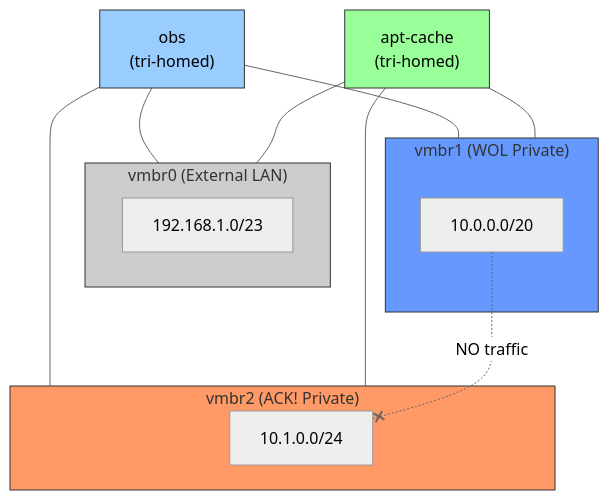
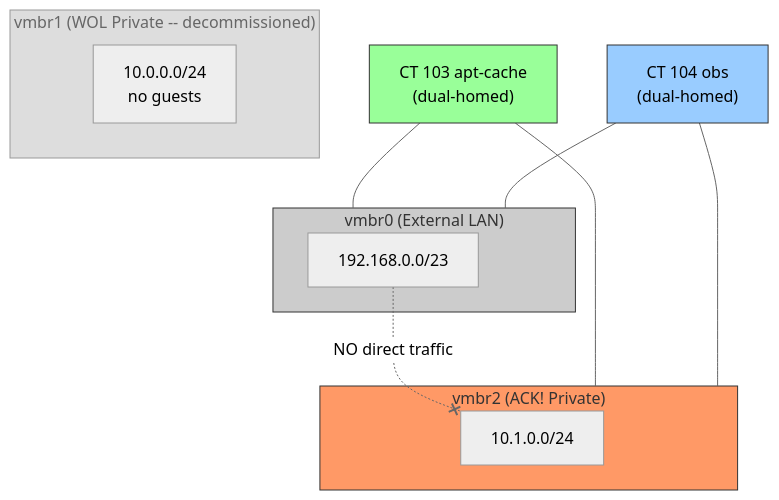
One commit to JBailes/infrastructure changed the third of 3 diagrams in homelab/ack/diagrams.md. Above: the diagram before and after it, drawn with Mermaid (neutral theme). The commit also changed other lines of this file and 68 other files, not shown here.

````diff
--- a/homelab/ack/diagrams.md
+++ b/homelab/ack/diagrams.md
@@ -118,32 +131,30 @@
 ```mermaid
 graph TB
     subgraph VMBR0["vmbr0 (External LAN)"]
-        EXT["192.168.1.0/23"]
+        EXT["192.168.0.0/23"]
     end
 
-    subgraph VMBR1["vmbr1 (WOL Private)"]
-        WOL["10.0.0.0/20"]
+    subgraph VMBR1["vmbr1 (WOL Private -- decommissioned)"]
+        WOL["10.0.0.0/24<br/>no guests"]
     end
 
     subgraph VMBR2["vmbr2 (ACK! Private)"]
         ACK["10.1.0.0/24"]
     end
 
-    CACHE["apt-cache<br/>(tri-homed)"]
-    OBS2["obs<br/>(tri-homed)"]
+    CACHE["CT 103 apt-cache<br/>(dual-homed)"]
+    OBS2["CT 104 obs<br/>(dual-homed)"]
 
     CACHE --- VMBR0
-    CACHE --- VMBR1
     CACHE --- VMBR2
     OBS2 --- VMBR0
-    OBS2 --- VMBR1
     OBS2 --- VMBR2
 
-    WOL -.-x|"NO traffic"| ACK
+    EXT -.-x|"NO direct traffic"| ACK
 
     style VMBR0 fill:#ccc,stroke:#333
-    style VMBR1 fill:#69f,stroke:#333
+    style VMBR1 fill:#ddd,stroke:#999,color:#666
     style VMBR2 fill:#f96,stroke:#333
     style CACHE fill:#9f9,stroke:#333,color:#000
     style OBS2 fill:#9cf,stroke:#333,color:#000
 ```
````
